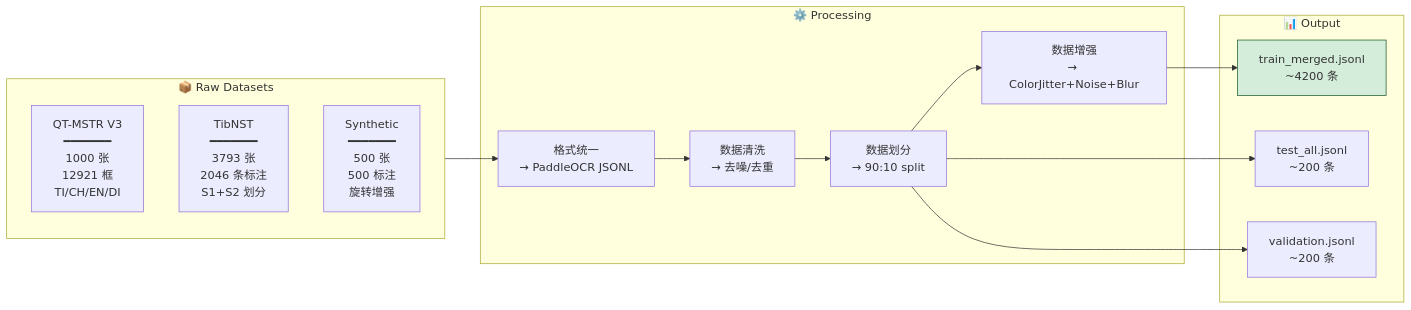
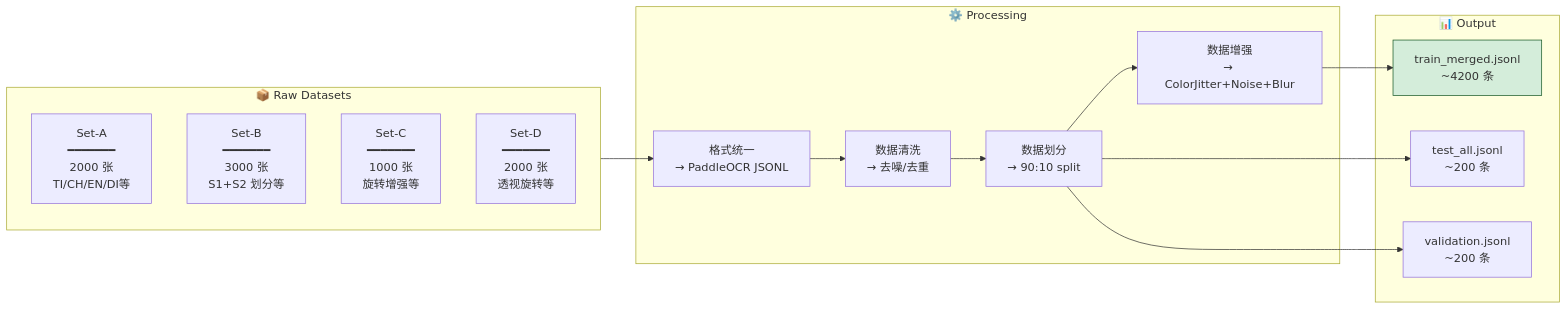
Before and after one commit to JackXfmax/PaddleOCR_VL_1.5_Fine_Tuning: the third of 8 diagrams in README.md, drawn with Mermaid.

````diff
--- a/README.md
+++ b/README.md
@@ -384,28 +384,29 @@
 ```mermaid
 graph LR
     subgraph Raw["📦 Raw Datasets"]
-        QT["QT-MSTR V3<br/>━━━━━━━<br/>1000 张<br/>12921 框<br/>TI/CH/EN/DI"]
-        TIB["TibNST<br/>━━━━━━━<br/>3793 张<br/>2046 条标注<br/>S1+S2 划分"]
-        SYNTH["Synthetic<br/>━━━━━━━<br/>500 张<br/>500 标注<br/>旋转增强"]
+        QT["Set-A<br/>━━━━━━━<br/>2000 张<br/>TI/CH/EN/DI等"]
+        TIB["Set-B<br/>━━━━━━━<br/>3000 张<br/>S1+S2 划分等"]
+        SYNTH["Set-C<br/>━━━━━━━<br/>1000 张<br/>旋转增强等"]
+        D["Set-D<br/>━━━━━━━<br/>2000 张<br/>透视旋转等"]
     end
 
     subgraph Process["⚙️ Processing"]
         NORM["格式统一<br/>→ PaddleOCR JSONL"]
         CLEAN["数据清洗<br/>→ 去噪/去重"]
         SPLIT["数据划分<br/>→ 90:10 split"]
         AUG["数据增强<br/>→ ColorJitter+Noise+Blur"]
     end
 
     subgraph Output["📊 Output"]
         TRAIN["train_merged.jsonl<br/>~4200 条"]
         TEST["test_all.jsonl<br/>~200 条"]
         VAL["validation.jsonl<br/>~200 条"]
     end
 
     Raw --> NORM --> CLEAN --> SPLIT
     SPLIT --> AUG --> TRAIN
     SPLIT --> TEST
     SPLIT --> VAL
 
     style TRAIN fill:#d4edda,stroke:#155724
 ```
````
